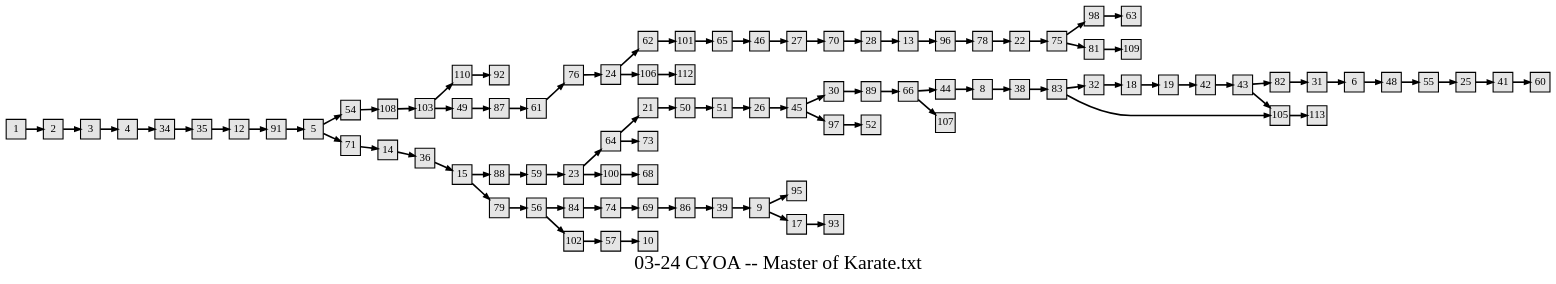
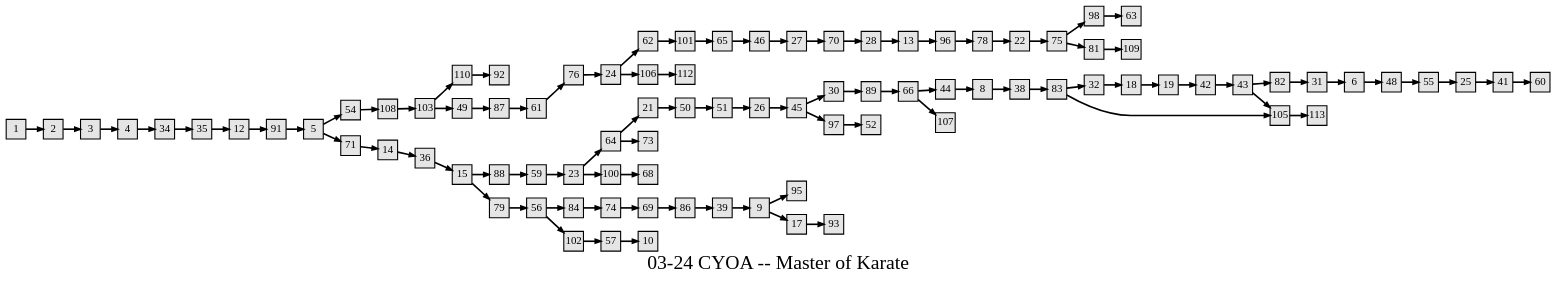
Before and after one commit to jeremydouglass/transverse-gallery: the diagram in assets/gamebooks/graphviz/03-24 CYOA -- Master of Karate.txt.gv, drawn with Graphviz. The commit also changed 748 other files, not shown here.

```diff
--- a/assets/gamebooks/graphviz/03-24 CYOA -- Master of Karate.txt.gv
+++ b/assets/gamebooks/graphviz/03-24 CYOA -- Master of Karate.txt.gv
@@ -1,98 +1,98 @@
 digraph g{
-  graph [ label="03-24 CYOA -- Master of Karate.txt" rankdir=LR, ordering=out, fontsize=36, nodesep="0.35", ranksep="0.45"];
+  graph [ label="03-24 CYOA -- Master of Karate" rankdir=LR, ordering=out, fontsize=36, nodesep="0.35", ranksep="0.45"];
   node  [shape=rect, penwidth=2, fontsize=20, style=filled, fillcolor=grey90, margin="0,0", labelfloat=true, regular=true, fixedsize=true];
   edge  [labelfloat=true, penwidth=3, fontsize=12];
 
   1 -> 2;
   2 -> 3;
   3 -> 4;
   4 -> 34;
   5 -> 54;
   5 -> 71;
   6 -> 48;
   8 -> 38;
   9 -> 95;
   9 -> 17;
   12 -> 91;
   13 -> 96;
   14 -> 36;
   15 -> 88;
   15 -> 79;
   17 -> 93;
   18 -> 19;
   19 -> 42;
   21 -> 50;
   22 -> 75;
   23 -> 64;
   23 -> 100;
   24 -> 62;
   24 -> 106;
   25 -> 41;
   26 -> 45;
   27 -> 70;
   28 -> 13;
   30 -> 89;
   31 -> 6;
   32 -> 18;
   34 -> 35;
   35 -> 12;
   36 -> 15;
   38 -> 83;
   39 -> 9;
   41 -> 60;
   42 -> 43;
   43 -> 82;
   43 -> 105;
   44 -> 8;
   45 -> 30;
   45 -> 97;
   46 -> 27;
   48 -> 55;
   49 -> 87;
   50 -> 51;
   51 -> 26;
   54 -> 108;
   55 -> 25;
   56 -> 84;
   56 -> 102;
   57 -> 10;
   59 -> 23;
   61 -> 76;
   62 -> 101;
   64 -> 21;
   64 -> 73;
   65 -> 46;
   66 -> 44;
   66 -> 107;
   69 -> 86;
   70 -> 28;
   71 -> 14;
   74 -> 69;
   75 -> 98;
   75 -> 81;
   76 -> 24;
   78 -> 22;
   79 -> 56;
   81 -> 109;
   82 -> 31;
   83 -> 32;
   83 -> 105;
   84 -> 74;
   86 -> 39;
   87 -> 61;
   88 -> 59;
   89 -> 66;
   91 -> 5;
   96 -> 78;
   97 -> 52;
   98 -> 63;
   100 -> 68;
   101 -> 65;
   102 -> 57;
   103 -> 110;
   103 -> 49;
   105 -> 113;
   106 -> 112;
   108 -> 103;
   110 -> 92;
 }
```
